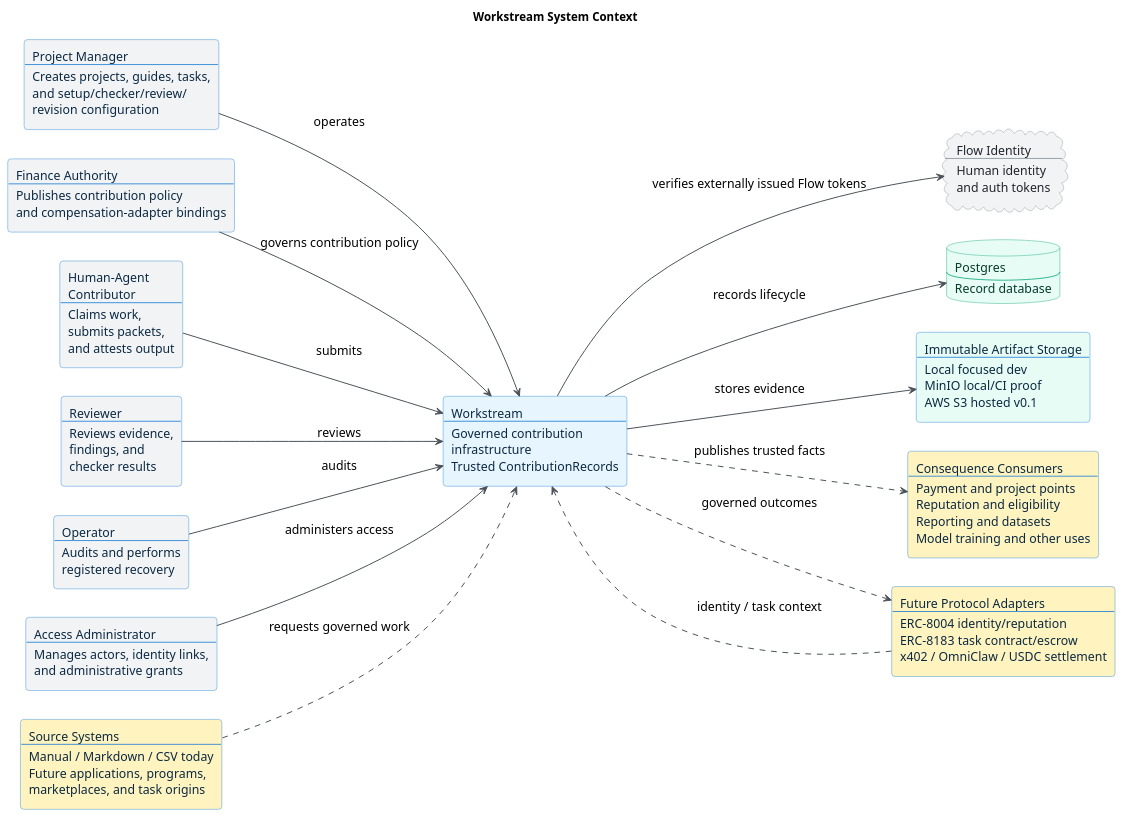
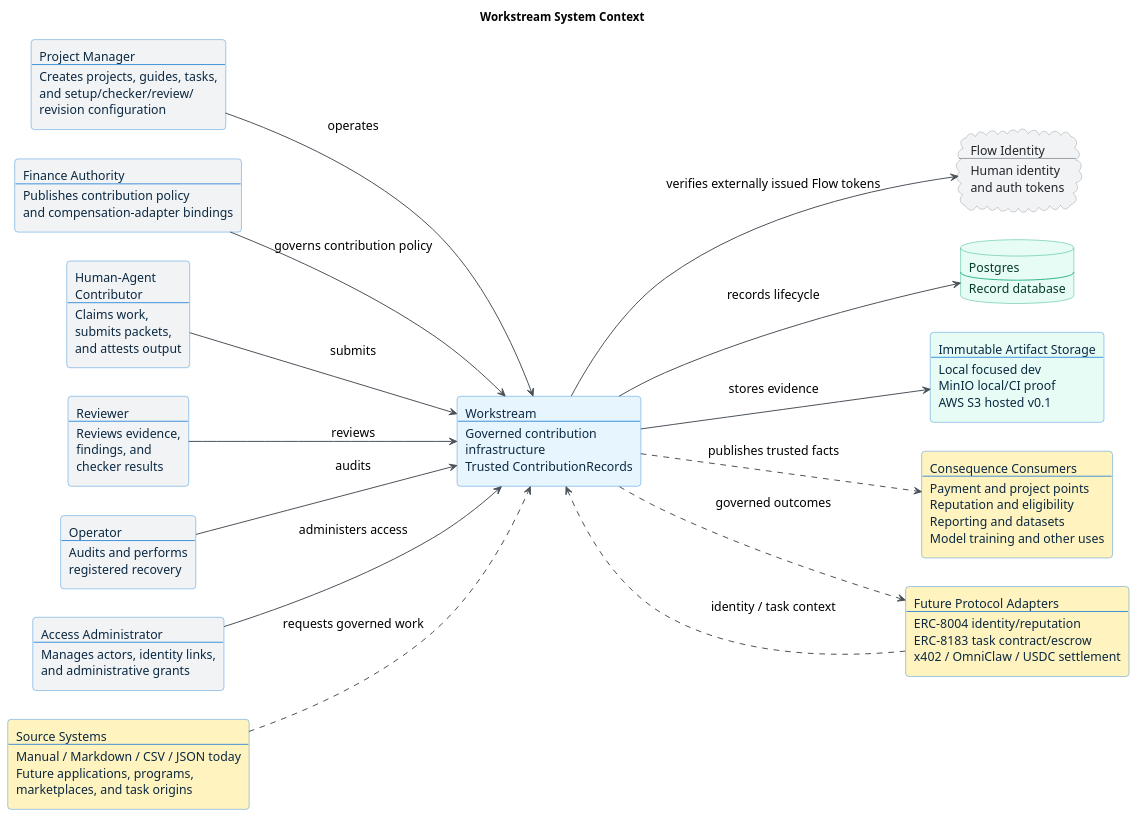
Before and after one commit to Flow-Research/workstream: the diagram in docs/diagrams/workstream_context.puml, drawn with PlantUML. The commit also changed 43 other files, not shown here.

```diff
--- a/docs/diagrams/workstream_context.puml
+++ b/docs/diagrams/workstream_context.puml
@@ -1,65 +1,65 @@
 @startuml workstream_context
 title Workstream System Context
 
 left to right direction
 
 skinparam backgroundColor #FFFFFF
 skinparam shadowing false
 skinparam roundcorner 8
 skinparam defaultFontName Arial
 skinparam defaultFontSize 15
 skinparam ArrowColor #495057
 skinparam ArrowThickness 1.2
 skinparam packageStyle rectangle
 skinparam rectangle {
   BorderColor #1C7ED6
   BackgroundColor #E7F5FF
   FontColor #0B2942
 }
 skinparam database {
   BorderColor #0CA678
   BackgroundColor #E6FCF5
   FontColor #063B2C
 }
 skinparam cloud {
   BorderColor #868E96
   BackgroundColor #F1F3F5
   FontColor #212529
 }
 
 rectangle "Project Manager\n----\nCreates projects, guides, tasks,\nand setup/checker/review/\nrevision configuration" as project_manager #F1F3F5
 rectangle "Finance Authority\n----\nPublishes contribution policy\nand compensation-adapter bindings" as finance_authority #F1F3F5
 rectangle "Human-Agent\nContributor\n----\nClaims work,\nsubmits packets,\nand attests output" as contributor #F1F3F5
 rectangle "Reviewer\n----\nReviews evidence,\nfindings, and\nchecker results" as reviewer #F1F3F5
 rectangle "Operator\n----\nAudits and performs\nregistered recovery" as operator #F1F3F5
 rectangle "Access Administrator\n----\nManages actors, identity links,\nand administrative grants" as access_administrator #F1F3F5
 
 rectangle "Workstream\n----\nGoverned contribution\ninfrastructure\nTrusted ContributionRecords" as workstream #E7F5FF
 
 cloud "Flow Identity\n----\nHuman identity\nand auth tokens" as flow_auth
 database "Postgres\n----\nRecord database" as postgres
 rectangle "Immutable Artifact Storage\n----\nLocal focused dev\nMinIO local/CI proof\nAWS S3 hosted v0.1" as storage #E6FCF5
 
-rectangle "Source Systems\n----\nManual / Markdown / CSV today\nFuture applications, programs,\nmarketplaces, and task origins" as source_systems #FFF3BF
+rectangle "Source Systems\n----\nManual / Markdown / CSV / JSON today\nFuture applications, programs,\nmarketplaces, and task origins" as source_systems #FFF3BF
 
 rectangle "Consequence Consumers\n----\nPayment and project points\nReputation and eligibility\nReporting and datasets\nModel training and other uses" as consequence_consumers #FFF3BF
 
 rectangle "Future Protocol Adapters\n----\nERC-8004 identity/reputation\nERC-8183 task contract/escrow\nx402 / OmniClaw / USDC settlement" as future_protocols #FFF3BF
 
 project_manager --> workstream : operates
 finance_authority --> workstream : governs contribution policy
 contributor --> workstream : submits
 reviewer --> workstream : reviews
 operator --> workstream : audits
 access_administrator --> workstream : administers access
 
 workstream --> flow_auth : verifies externally issued Flow tokens
 workstream --> postgres : records lifecycle
 workstream --> storage : stores evidence
 
 source_systems ..> workstream : requests governed work
 workstream ..> consequence_consumers : publishes trusted facts
 future_protocols ..> workstream : identity / task context
 workstream ..> future_protocols : governed outcomes
 
 @enduml
```
